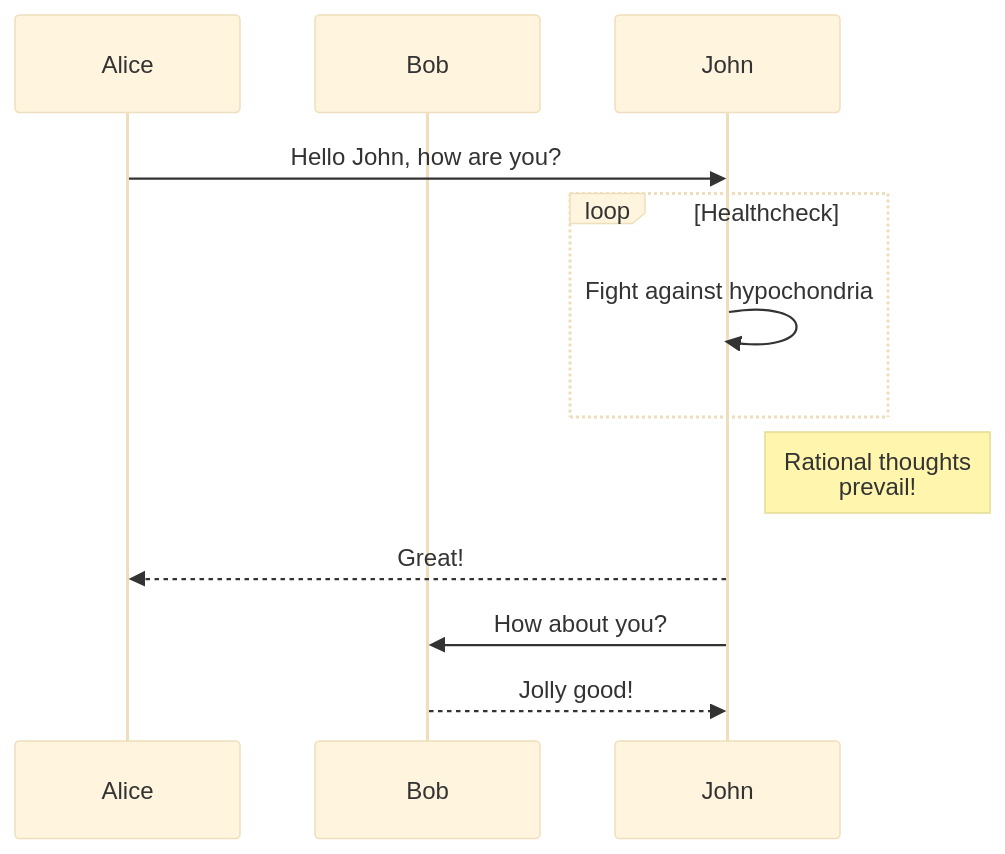
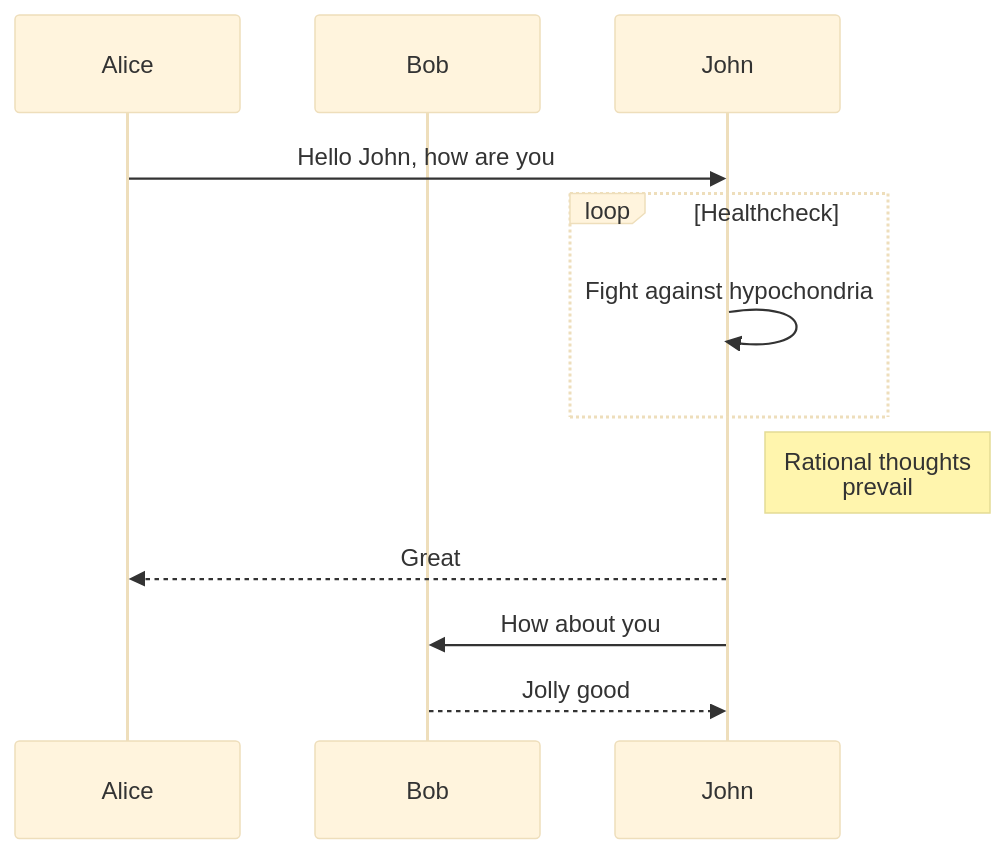
One commit to kimbank/kimbank.github.io changed the second of 3 diagrams in _posts/project/LB/2021-07-20-project-LB-퀀트의 역사.md. Above: the diagram before and after it, drawn with Mermaid (base theme).

```diff
--- a/_posts/project/LB/2021-07-20-project-LB-퀀트의 역사.md
+++ b/_posts/project/LB/2021-07-20-project-LB-퀀트의 역사.md
@@ -27,15 +27,15 @@
 <div class="mermaid"> 
 
 sequenceDiagram;
     participant Alice;
     participant Bob;
-    Alice->>John: Hello John, how are you?;
+    Alice->>John: Hello John, how are you;
     loop Healthcheck
         John->>John: Fight against hypochondria;
     end
-    Note right of John: Rational thoughts <br/>prevail!;
-    John-->>Alice: Great!;
-    John->>Bob: How about you?;
-    Bob-->>John: Jolly good!;
+    Note right of John: Rational thoughts <br/>prevail;
+    John-->>Alice: Great;
+    John->>Bob: How about you;
+    Bob-->>John: Jolly good;
 
 </div>
```
